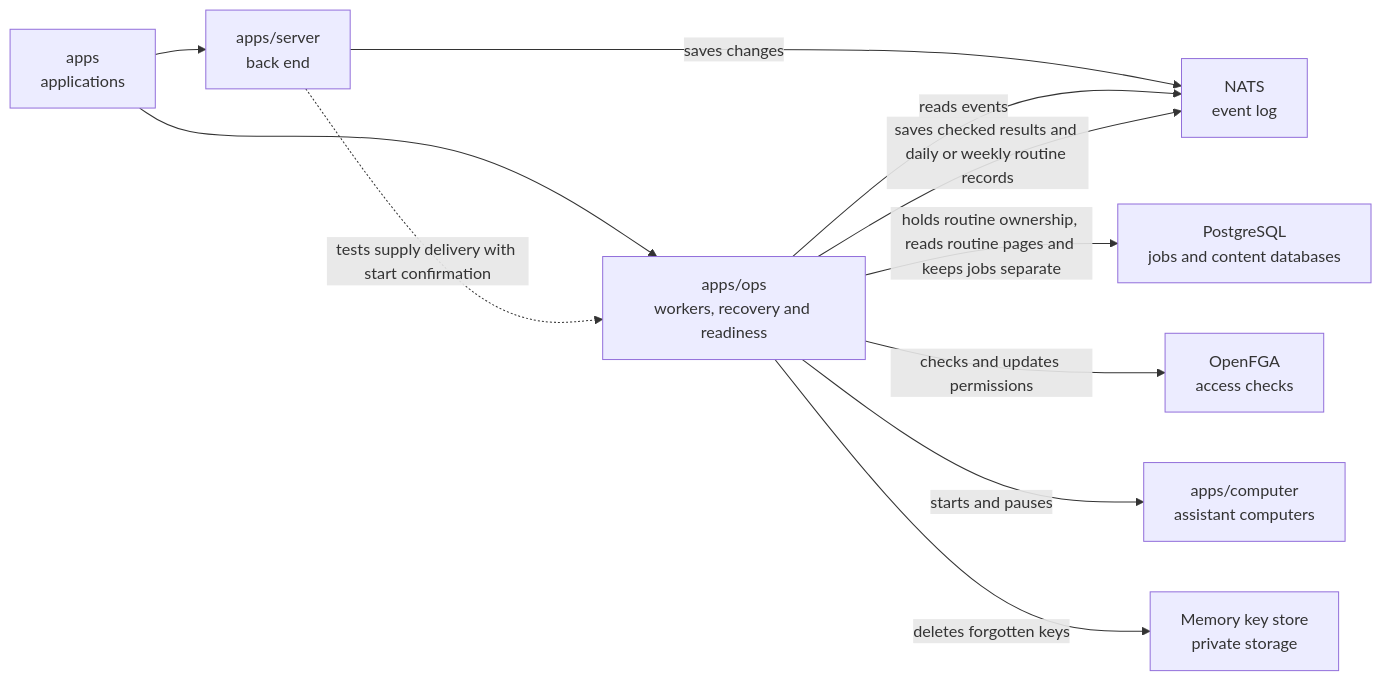
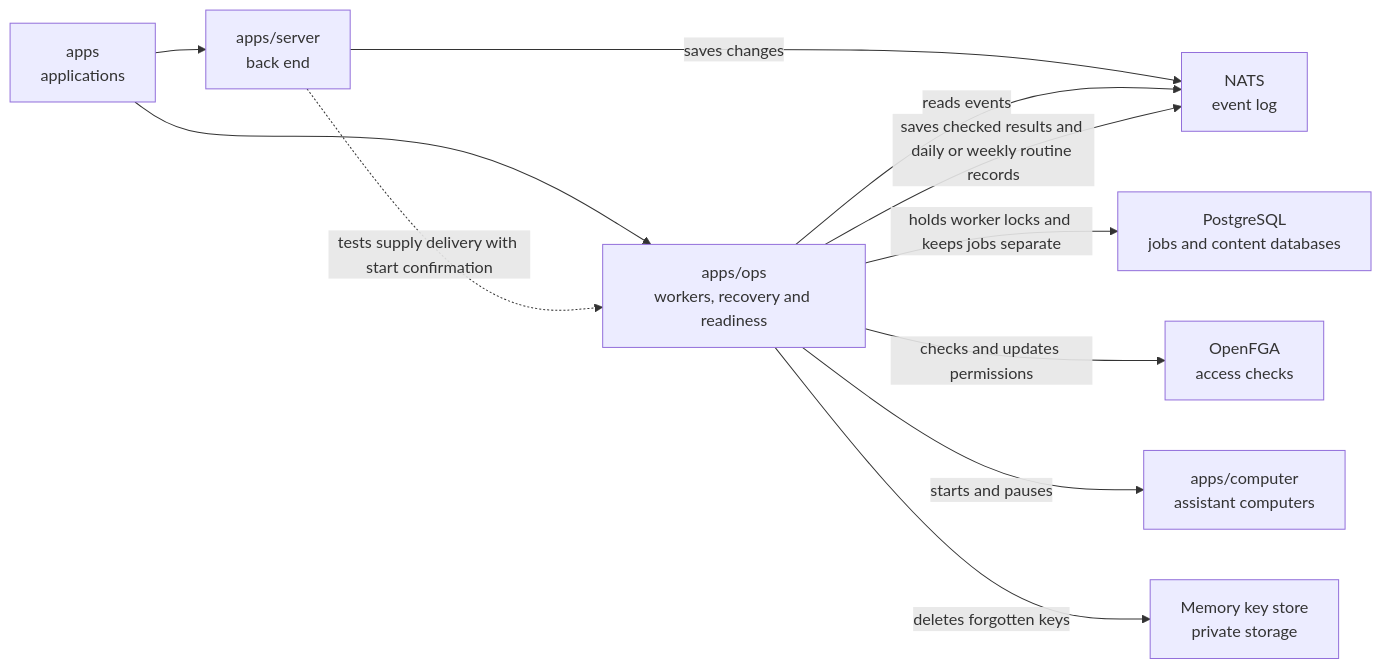
The diagram in apps/ops/README.md (elewa-git/opencrane-new), drawn with Mermaid before and after one commit. The commit also changed other lines of this file and 7 other files, not shown here.

````diff
--- a/apps/ops/README.md
+++ b/apps/ops/README.md
@@ -17,13 +17,13 @@
 ```mermaid
 flowchart LR
   apps["apps<br/>applications"] --> ops["apps/ops<br/>workers, recovery and readiness"]
   apps --> server["apps/server<br/>back end"]
   server -.->|tests supply delivery with start confirmation| ops
   server -->|saves changes| nats["NATS<br/>event log"]
   ops -->|reads events| nats
   ops -->|saves checked results and daily or weekly routine records| nats
-  ops -->|holds routine ownership, reads routine pages and keeps jobs separate| pg["PostgreSQL<br/>jobs and content databases"]
+  ops -->|holds worker locks and keeps jobs separate| pg["PostgreSQL<br/>jobs and content databases"]
   ops -->|checks and updates permissions| fga["OpenFGA<br/>access checks"]
   ops -->|starts and pauses| computer["apps/computer<br/>assistant computers"]
   ops -->|deletes forgotten keys| keys["Memory key store<br/>private storage"]
 ```
````
